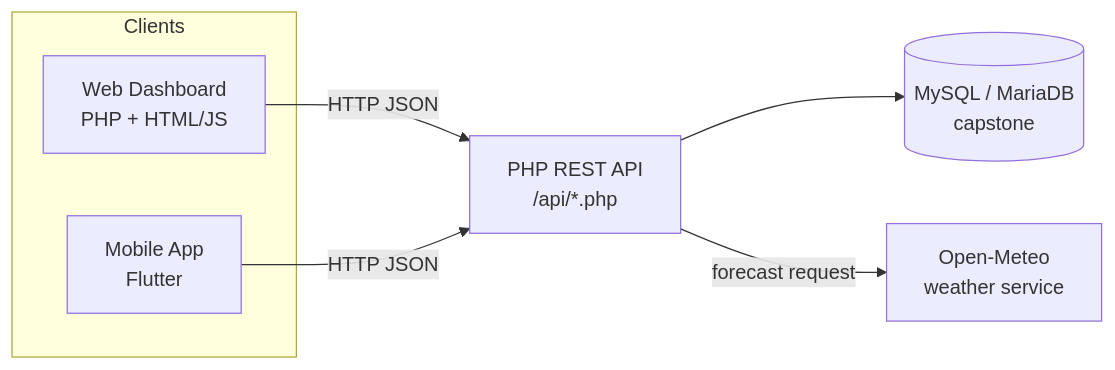
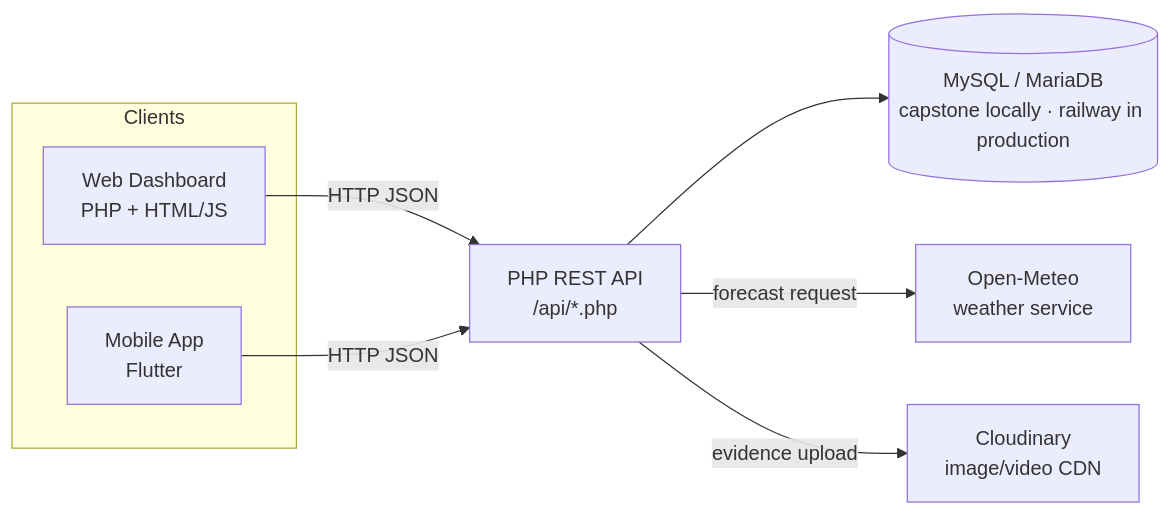
The diagram in obilak-docs/README.md (Pepengtuta/sastershit), drawn with Mermaid before and after one commit. The commit also changed other lines of this file and 1 other file, not shown here.

````diff
--- a/obilak-docs/README.md
+++ b/obilak-docs/README.md
@@ -83,11 +159,12 @@
 ```mermaid
 flowchart LR
     subgraph Clients
       A["Web Dashboard<br>PHP + HTML/JS"]
       B["Mobile App<br>Flutter"]
     end
     A -->|HTTP JSON| C["PHP REST API<br>/api/*.php"]
     B -->|HTTP JSON| C
-    C --> D[("MySQL / MariaDB<br>capstone")]
+    C --> D[("MySQL / MariaDB<br>capstone locally · railway in production")]
     C -->|forecast request| E["Open-Meteo<br>weather service"]
+    C -->|evidence upload| F["Cloudinary<br>image/video CDN"]
 ```
````
